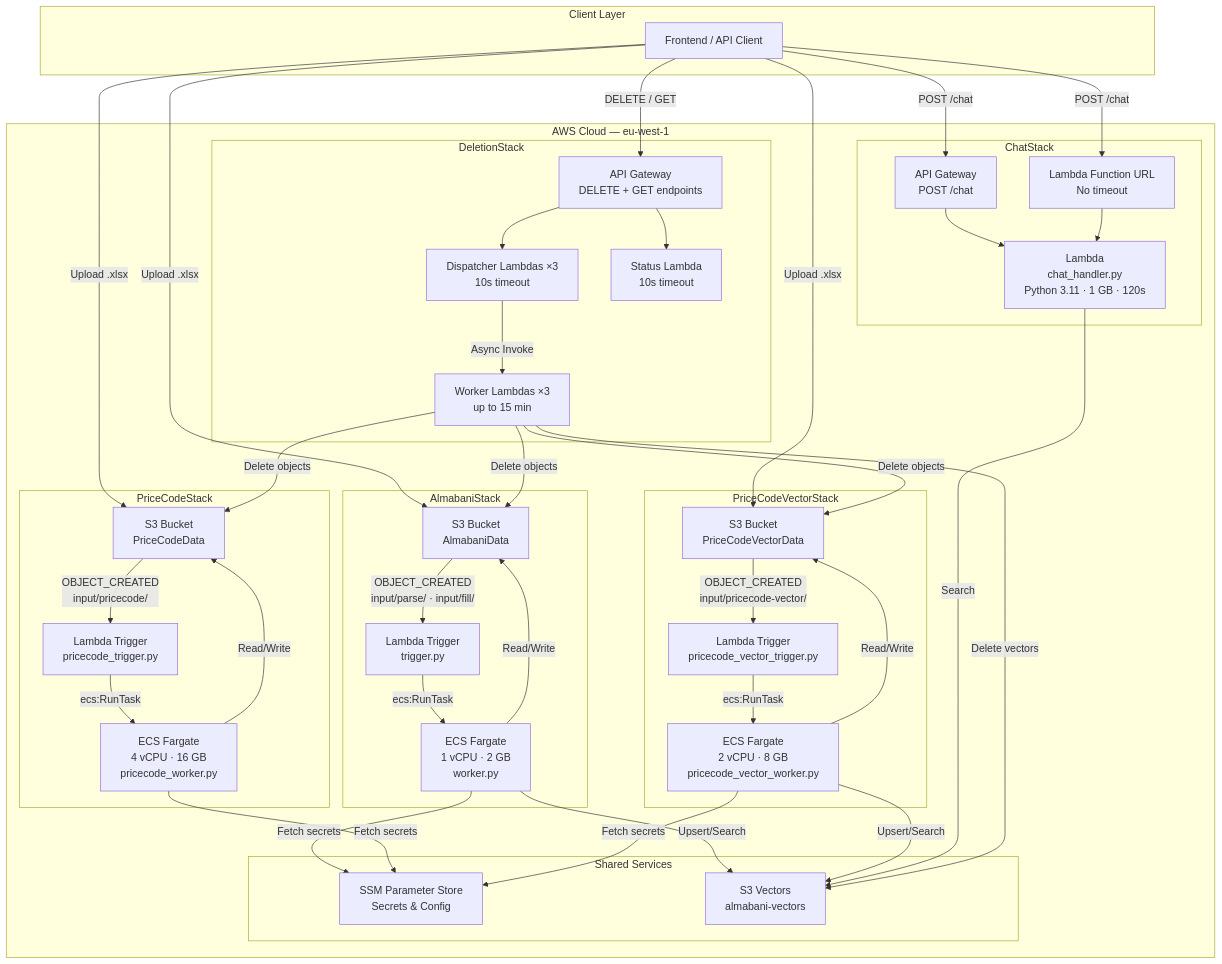
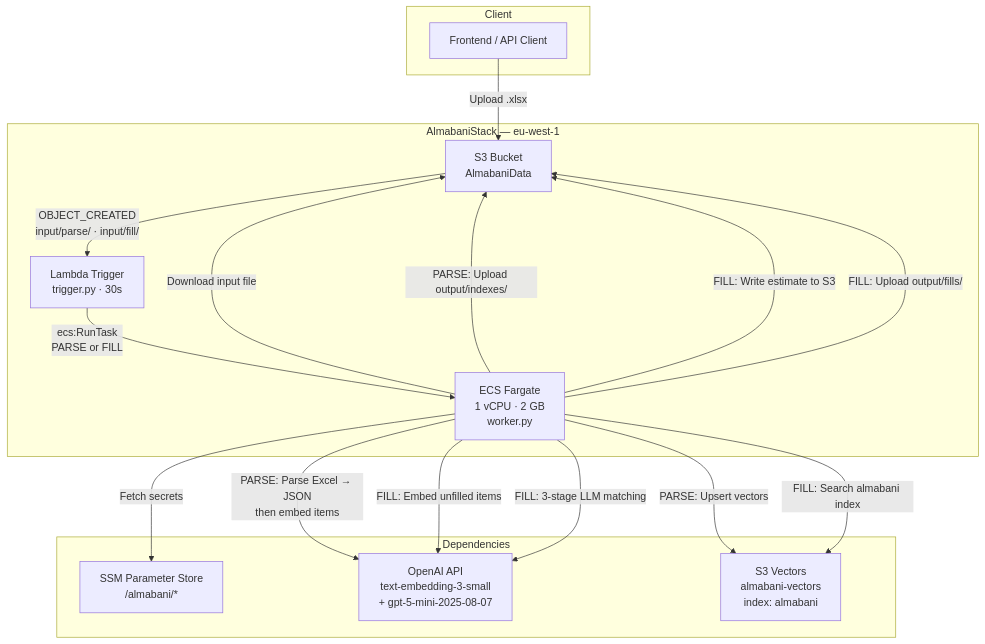
The first of 6 diagrams in docs/ARCHITECTURE-BOQ.md (mahmoudayoub/mabani), drawn with Mermaid before and after one commit. The commit also changed other lines of this file and 7 other files, not shown here.

Commit message:
Update deployment documentation, enhance architecture diagrams, and upgrade OpenAI model references

````diff
--- a/docs/ARCHITECTURE-BOQ.md
+++ b/docs/ARCHITECTURE-BOQ.md
@@ -16,82 +41,34 @@
 ```mermaid
 graph TB
-    subgraph "Client Layer"
-        FE[Frontend / API Client]
+    subgraph "Client"
+        USER[Frontend / API Client]
     end
 
-    subgraph "AWS Cloud — eu-west-1"
-        subgraph "AlmabaniStack"
-            S3A[S3 Bucket<br/>AlmabaniData]
-            LTA[Lambda Trigger<br/>trigger.py]
-            ECSA[ECS Fargate<br/>1 vCPU · 2 GB<br/>worker.py]
-        end
-
-        subgraph "PriceCodeStack"
-            S3P[S3 Bucket<br/>PriceCodeData]
-            LTP[Lambda Trigger<br/>pricecode_trigger.py]
-            ECSP[ECS Fargate<br/>4 vCPU · 16 GB<br/>pricecode_worker.py]
-        end
-
-        subgraph "PriceCodeVectorStack"
-            S3V[S3 Bucket<br/>PriceCodeVectorData]
-            LTV[Lambda Trigger<br/>pricecode_vector_trigger.py]
-            ECSV[ECS Fargate<br/>2 vCPU · 8 GB<br/>pricecode_vector_worker.py]
-        end
-
-        subgraph "ChatStack"
-            APIGW_C[API Gateway<br/>POST /chat]
-            FNURL[Lambda Function URL<br/>No timeout]
-            CHAT[Lambda<br/>chat_handler.py<br/>Python 3.11 · 1 GB · 120s]
-        end
-
-        subgraph "DeletionStack"
-            APIGW_D[API Gateway<br/>DELETE + GET endpoints]
-            DISP[Dispatcher Lambdas ×3<br/>10s timeout]
-            WORK[Worker Lambdas ×3<br/>up to 15 min]
-            STAT[Status Lambda<br/>10s timeout]
-        end
-
-        subgraph "Shared Services"
-            SSM[SSM Parameter Store<br/>Secrets &amp; Config]
-            S3VEC[S3 Vectors<br/>almabani-vectors]
-        end
+    subgraph "AlmabaniStack — eu-west-1"
+        S3A[S3 Bucket<br/>AlmabaniData]
+        LTA[Lambda Trigger<br/>trigger.py · 30s]
+        ECSA[ECS Fargate<br/>1 vCPU · 2 GB<br/>worker.py]
     end
 
-    FE -->|Upload .xlsx| S3A
-    FE -->|Upload .xlsx| S3P
-    FE -->|Upload .xlsx| S3V
-    FE -->|POST /chat| APIGW_C
-    FE -->|POST /chat| FNURL
-    FE -->|DELETE / GET| APIGW_D
+    subgraph "Dependencies"
+        SSM[SSM Parameter Store<br/>/almabani/*]
+        OAI[OpenAI API<br/>text-embedding-3-small<br/>+ gpt-5-mini-2025-08-07]
+        S3VEC[S3 Vectors<br/>almabani-vectors<br/>index: almabani]
+    end
 
+    USER -->|Upload .xlsx| S3A
     S3A -->|OBJECT_CREATED<br/>input/parse/ · input/fill/| LTA
-    S3P -->|OBJECT_CREATED<br/>input/pricecode/| LTP
-    S3V -->|OBJECT_CREATED<br/>input/pricecode-vector/| LTV
+    LTA -->|ecs:RunTask<br/>PARSE or FILL| ECSA
+    ECSA -->|Fetch secrets| SSM
+    ECSA -->|Download input file| S3A
 
-    LTA -->|ecs:RunTask| ECSA
-    LTP -->|ecs:RunTask| ECSP
-    LTV -->|ecs:RunTask| ECSV
+    ECSA -->|PARSE: Parse Excel → JSON<br/>then embed items| OAI
+    ECSA -->|PARSE: Upsert vectors| S3VEC
+    ECSA -->|PARSE: Upload output/indexes/| S3A
 
-    ECSA -->|Read/Write| S3A
-    ECSA -->|Upsert/Search| S3VEC
-    ECSA -->|Fetch secrets| SSM
-
-    ECSP -->|Read/Write| S3P
-    ECSP -->|Fetch secrets| SSM
-
-    ECSV -->|Read/Write| S3V
-    ECSV -->|Upsert/Search| S3VEC
-    ECSV -->|Fetch secrets| SSM
-
-    APIGW_C --> CHAT
-    FNURL --> CHAT
-    CHAT -->|Search| S3VEC
-
-    APIGW_D --> DISP
-    APIGW_D --> STAT
-    DISP -->|Async Invoke| WORK
-    WORK -->|Delete vectors| S3VEC
-    WORK -->|Delete objects| S3A
-    WORK -->|Delete objects| S3P
-    WORK -->|Delete objects| S3V
+    ECSA -->|FILL: Embed unfilled items| OAI
+    ECSA -->|FILL: Search almabani index| S3VEC
+    ECSA -->|FILL: 3-stage LLM matching| OAI
+    ECSA -->|FILL: Write estimate to S3| S3A
+    ECSA -->|FILL: Upload output/fills/| S3A
 ```
````
